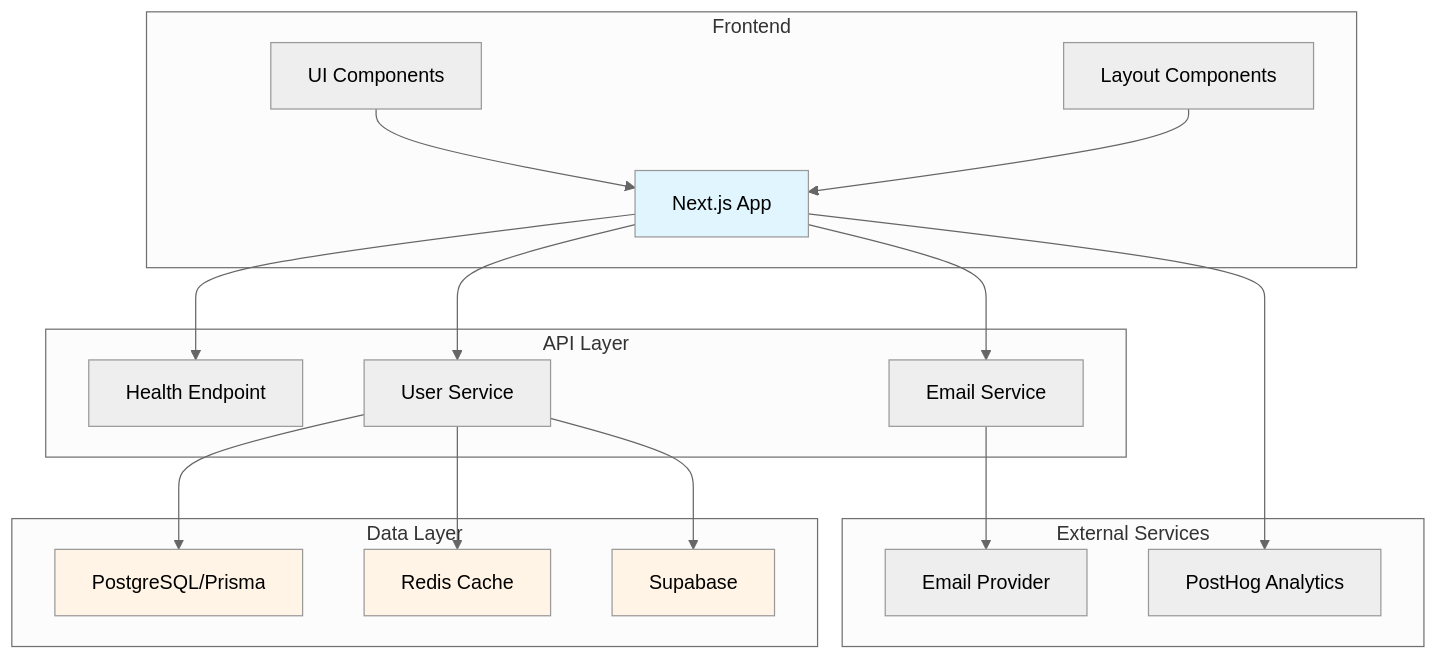
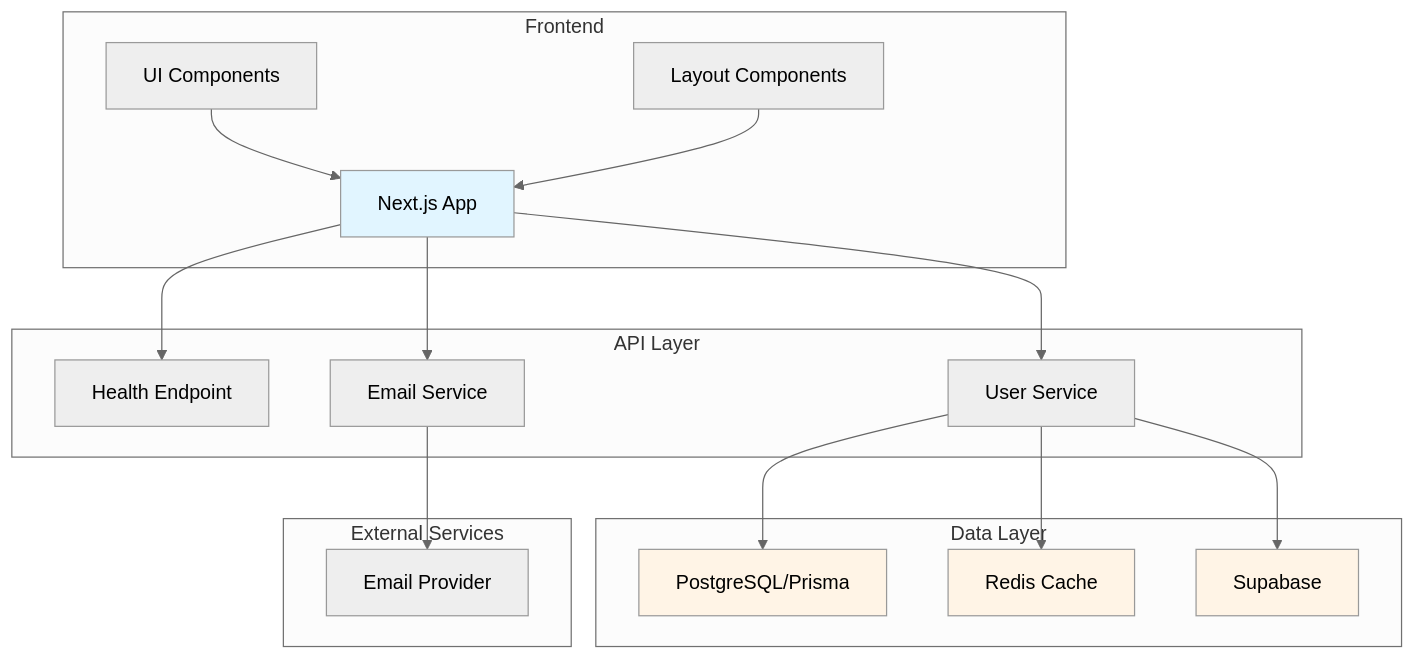
One commit to SparkNCo/portal changed the diagram in workflows/system-overview.mmd. Above: the diagram before and after it, drawn with Mermaid (neutral theme). The commit also changed 12 other files, not shown here.

```diff
--- a/workflows/system-overview.mmd
+++ b/workflows/system-overview.mmd
@@ -1,40 +1,38 @@
 graph TB
     subgraph "Frontend"
         A[Next.js App]
         B[UI Components]
         C[Layout Components]
     end
     
     subgraph "API Layer"
         D[Health Endpoint]
         E[User Service]
         F[Email Service]
     end
     
     subgraph "Data Layer"
         G[PostgreSQL/Prisma]
         H[Redis Cache]
         I[Supabase]
     end
     
     subgraph "External Services"
         J[Email Provider]
-        K[PostHog Analytics]
     end
-    
+
     A --> D
     A --> E
     A --> F
     B --> A
     C --> A
-    
+
     E --> G
     E --> H
     E --> I
     F --> J
-    A --> K
     
     style A fill:#e1f5ff
     style G fill:#fff4e6
     style H fill:#fff4e6
     style I fill:#fff4e6
```
